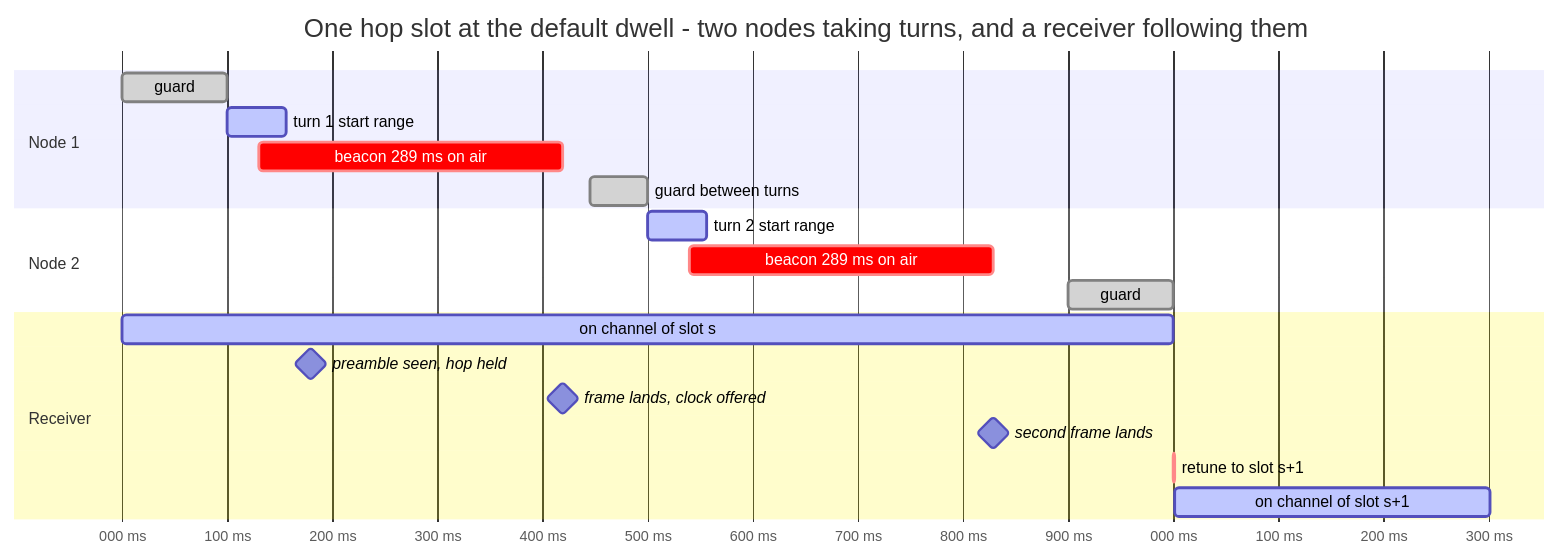
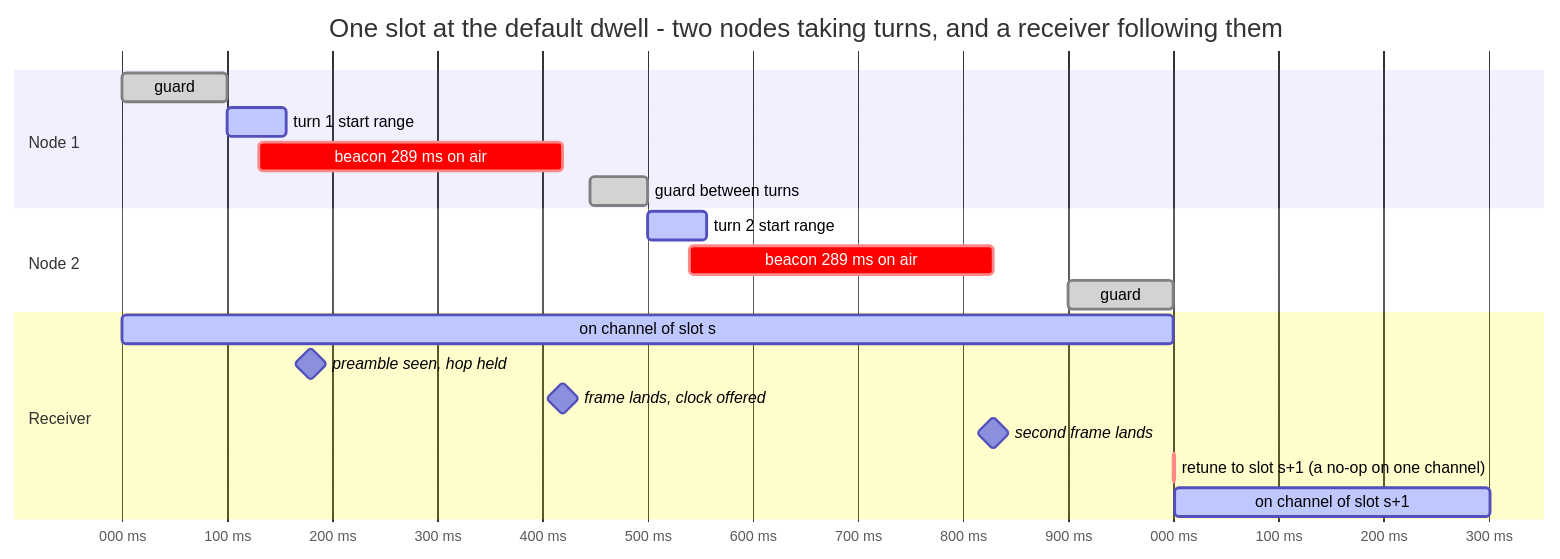
One commit to Telemety-In-Midair/telemetry-in-midair-rs changed the sixth of 11 diagrams in ARCHITECTURE.md. Above: the diagram before and after it, drawn with Mermaid. The commit also changed other lines of this file and 11 other files, not shown here.

First line of the commit message:
radio: the default plan is one channel, and the clock is what it was for

````diff
--- a/ARCHITECTURE.md
+++ b/ARCHITECTURE.md
@@ -428,25 +431,25 @@
 ```mermaid
 gantt
-    title One hop slot at the default dwell - two nodes taking turns, and a receiver following them
+    title One slot at the default dwell - two nodes taking turns, and a receiver following them
     dateFormat x
     axisFormat %L ms
 
     section Node 1
     guard                        :done,    g1, 0, 100ms
     turn 1 start range           :active,  w1, 100, 56ms
     beacon 289 ms on air         :crit,    b1, 130, 289ms
     guard between turns          :done,    t1, 445, 55ms
 
     section Node 2
     turn 2 start range           :active,  w2, 500, 56ms
     beacon 289 ms on air         :crit,    b2, 540, 289ms
     guard                        :done,    g2, 900, 100ms
 
     section Receiver
     on channel of slot s         :active,  r1, 0, 1000ms
     preamble seen, hop held      :milestone, m1, 180, 0ms
     frame lands, clock offered   :milestone, m2, 419, 0ms
     second frame lands           :milestone, m3, 829, 0ms
-    retune to slot s+1           :crit,     r2, 1000, 2ms
+    retune to slot s+1 (a no-op on one channel) :crit, r2, 1000, 2ms
     on channel of slot s+1       :active,  r3, 1002, 300ms
 ```
````
